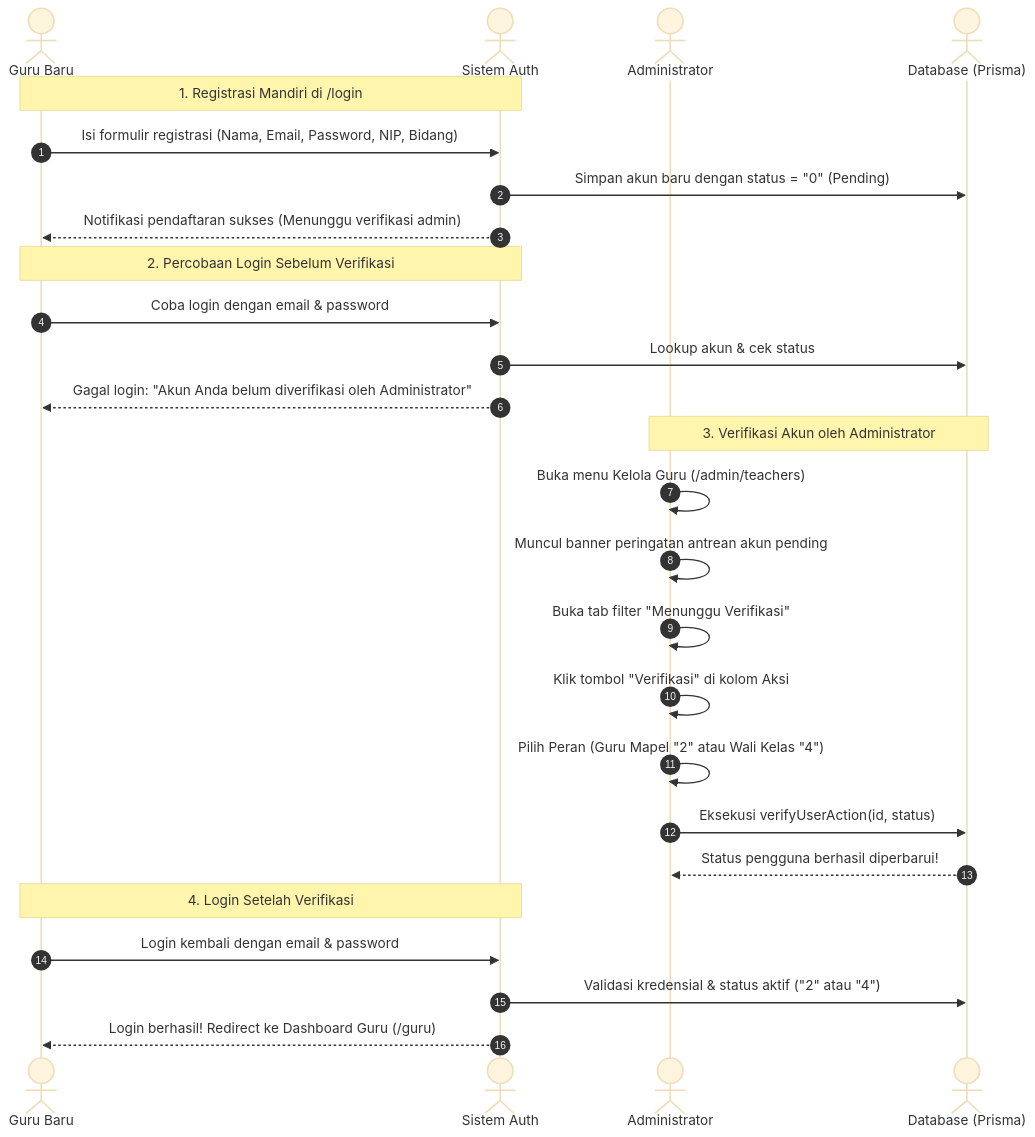
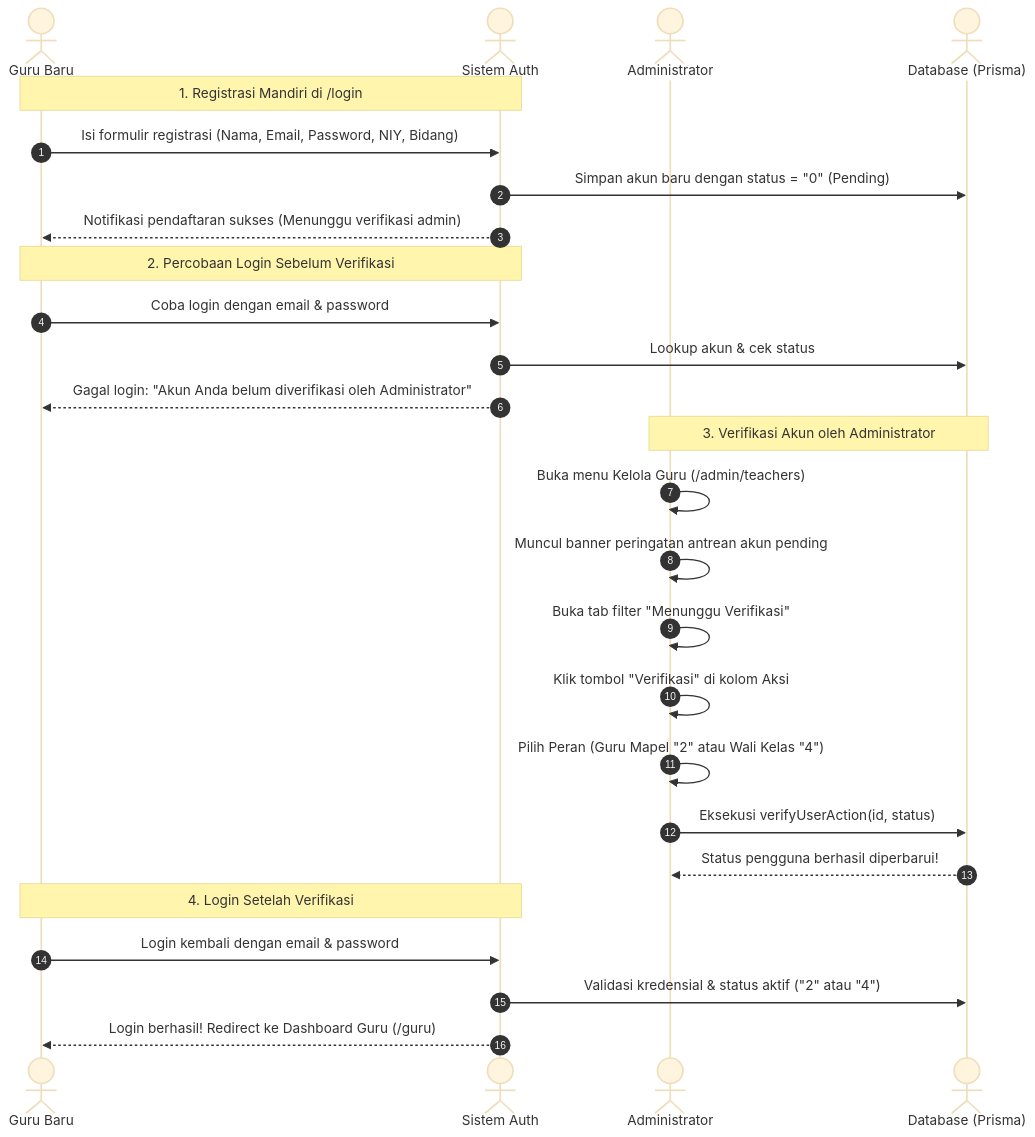
One commit to Rianpedia-dev/student-apps changed the diagram in docs/workflows/workflow-user.md. Above: the diagram before and after it, drawn with Mermaid (base theme). The commit also changed 26 other files, not shown here.

````diff
--- a/docs/workflows/workflow-user.md
+++ b/docs/workflows/workflow-user.md
@@ -32,32 +32,32 @@
 ```mermaid
 sequenceDiagram
     autonumber
     actor Guru as Guru Baru
     actor Sistem as Sistem Auth
     actor Admin as Administrator
     actor DB as Database (Prisma)
 
     Note over Guru, Sistem: 1. Registrasi Mandiri di /login
-    Guru->>Sistem: Isi formulir registrasi (Nama, Email, Password, NIP, Bidang)
+    Guru->>Sistem: Isi formulir registrasi (Nama, Email, Password, NIY, Bidang)
     Sistem->>DB: Simpan akun baru dengan status = "0" (Pending)
     Sistem-->>Guru: Notifikasi pendaftaran sukses (Menunggu verifikasi admin)
 
     Note over Guru, Sistem: 2. Percobaan Login Sebelum Verifikasi
     Guru->>Sistem: Coba login dengan email & password
     Sistem->>DB: Lookup akun & cek status
     Sistem-->>Guru: Gagal login: "Akun Anda belum diverifikasi oleh Administrator"
 
     Note over Admin, DB: 3. Verifikasi Akun oleh Administrator
     Admin->>Admin: Buka menu Kelola Guru (/admin/teachers)
     Admin->>Admin: Muncul banner peringatan antrean akun pending
     Admin->>Admin: Buka tab filter "Menunggu Verifikasi"
     Admin->>Admin: Klik tombol "Verifikasi" di kolom Aksi
     Admin->>Admin: Pilih Peran (Guru Mapel "2" atau Wali Kelas "4")
     Admin->>DB: Eksekusi verifyUserAction(id, status)
     DB-->>Admin: Status pengguna berhasil diperbarui!
 
     Note over Guru, Sistem: 4. Login Setelah Verifikasi
     Guru->>Sistem: Login kembali dengan email & password
     Sistem->>DB: Validasi kredensial & status aktif ("2" atau "4")
     Sistem-->>Guru: Login berhasil! Redirect ke Dashboard Guru (/guru)
 ```
````
